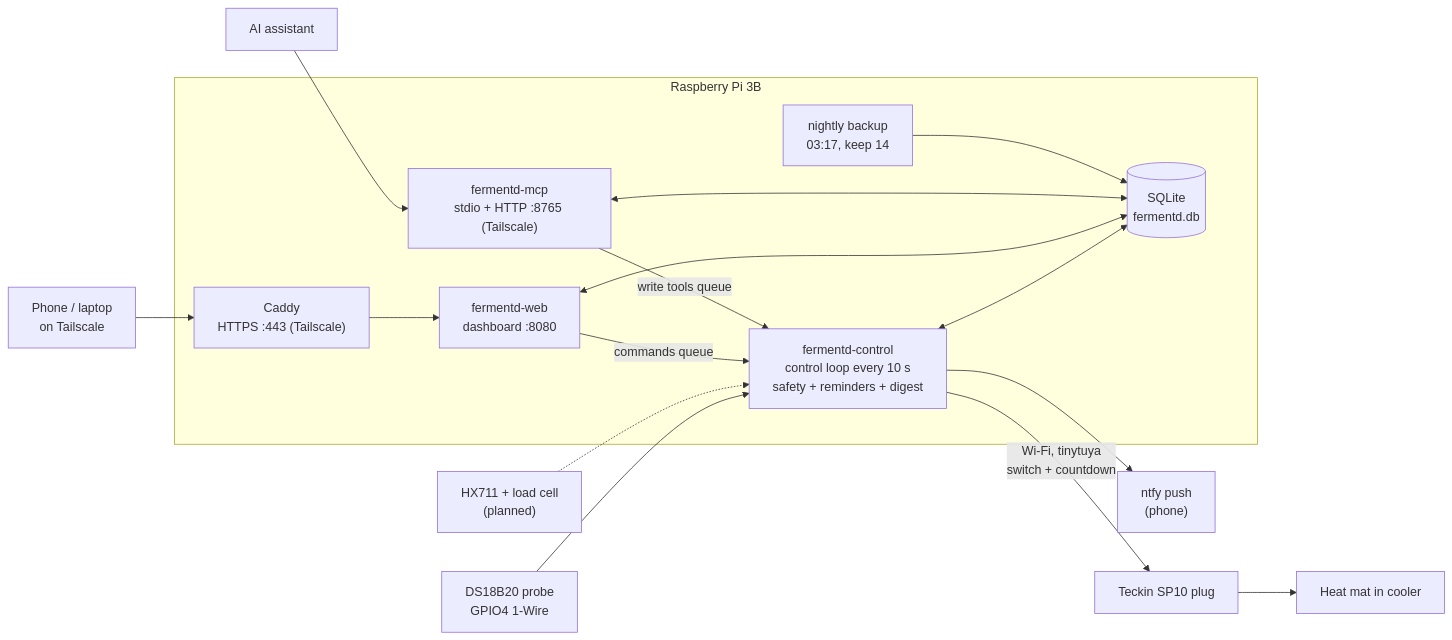
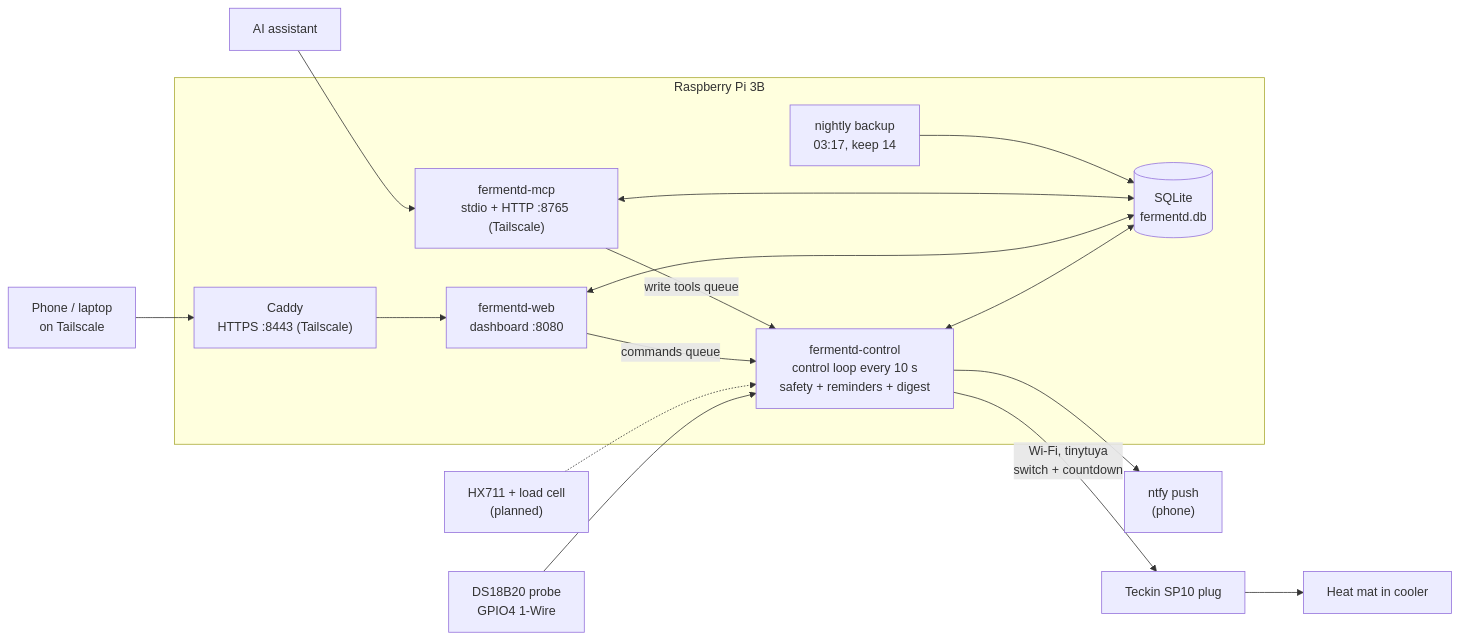
Before and after one commit to corpandrew/fermentd: the diagram in README.md, drawn with Mermaid. The commit also changed 8 other files, not shown here.

````diff
--- a/README.md
+++ b/README.md
@@ -32,24 +32,24 @@
 ```mermaid
 flowchart LR
     subgraph Pi["Raspberry Pi 3B"]
         CTRL["fermentd-control<br/>control loop every 10 s<br/>safety + reminders + digest"]
         WEB["fermentd-web<br/>dashboard :8080"]
         MCP["fermentd-mcp<br/>stdio + HTTP :8765 (Tailscale)"]
         DB[("SQLite<br/>fermentd.db")]
-        CADDY["Caddy<br/>HTTPS :443 (Tailscale)"]
+        CADDY["Caddy<br/>HTTPS :8443 (Tailscale)"]
         BK["nightly backup<br/>03:17, keep 14"]
     end
     PROBE["DS18B20 probe<br/>GPIO4 1-Wire"] --> CTRL
     SCALE["HX711 + load cell<br/>(planned)"] -.-> CTRL
     CTRL -- "Wi-Fi, tinytuya<br/>switch + countdown" --> PLUG["Teckin SP10 plug"] --> MAT["Heat mat in cooler"]
     CTRL <--> DB
     WEB <--> DB
     MCP <--> DB
     WEB -- "commands queue" --> CTRL
     MCP -- "write tools queue" --> CTRL
     CADDY --> WEB
     BK --> DB
     CTRL --> NTFY["ntfy push<br/>(phone)"]
     PHONE["Phone / laptop<br/>on Tailscale"] --> CADDY
     AI["AI assistant"] --> MCP
 ```
````
